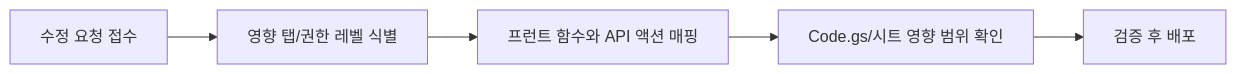
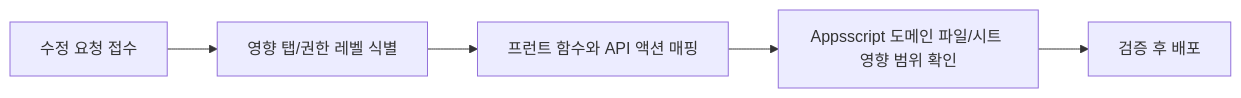
Before and after one commit to cloud-club/CloudClubAttendanceSystem: the diagram in docs/Wiki/03_Admin_Tab_Change_Map.md, drawn with Mermaid. The commit also changed other lines of this file and 38 other files, not shown here.

````diff
--- a/docs/Wiki/03_Admin_Tab_Change_Map.md
+++ b/docs/Wiki/03_Admin_Tab_Change_Map.md
@@ -6,7 +6,7 @@
 ```mermaid
 flowchart LR
   A["수정 요청 접수"] --> B["영향 탭/권한 레벨 식별"]
   B --> C["프런트 함수와 API 액션 매핑"]
-  C --> D["Code.gs/시트 영향 범위 확인"]
+  C --> D["Appsscript 도메인 파일/시트 영향 범위 확인"]
   D --> E["검증 후 배포"]
 ```
````
